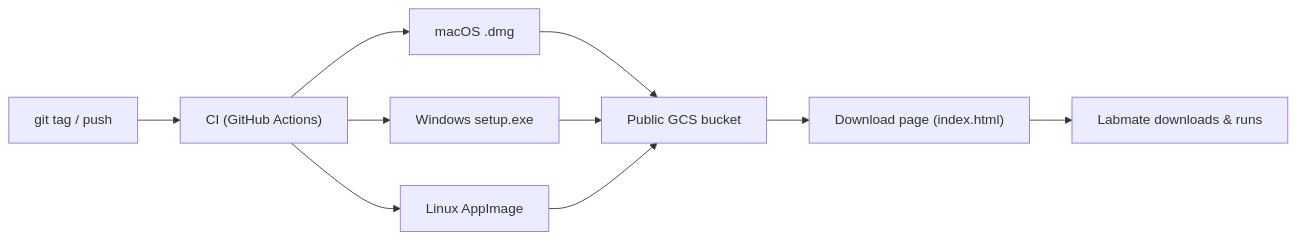
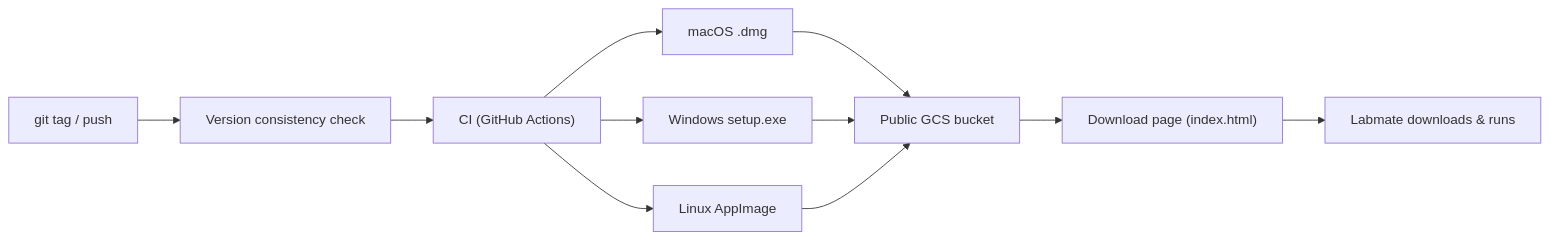
Before and after one commit to abachu2005/spine-hu-tool: the diagram in packaging/README.md, drawn with Mermaid. The commit also changed other lines of this file and 31 other files, not shown here.

````diff
--- a/packaging/README.md
+++ b/packaging/README.md
@@ -45,12 +67,13 @@
 ```mermaid
 flowchart LR
-    tag["git tag / push"] --> ci["CI (GitHub Actions)"]
+    tag["git tag / push"] --> check["Version consistency check"]
+    check --> ci["CI (GitHub Actions)"]
     ci --> mac["macOS .dmg"]
     ci --> win["Windows setup.exe"]
     ci --> lin["Linux AppImage"]
     mac --> gcs["Public GCS bucket"]
     win --> gcs
     lin --> gcs
     gcs --> page["Download page (index.html)"]
     page --> user["Labmate downloads & runs"]
 ```
````
